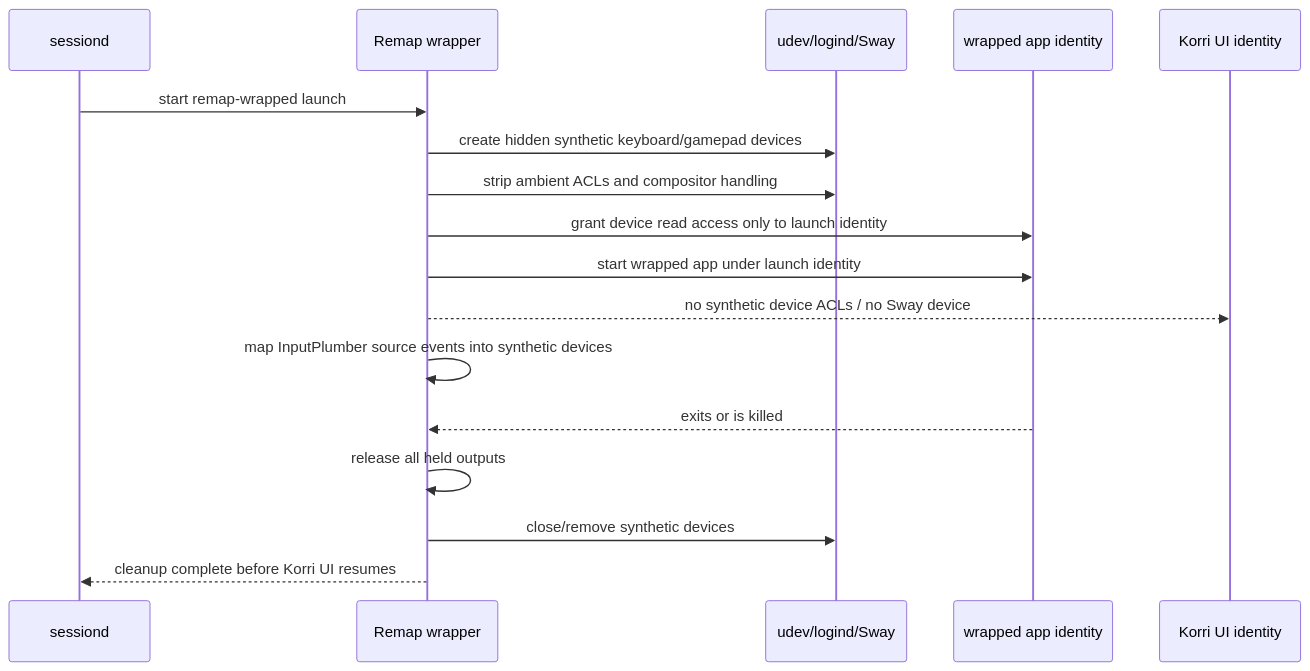
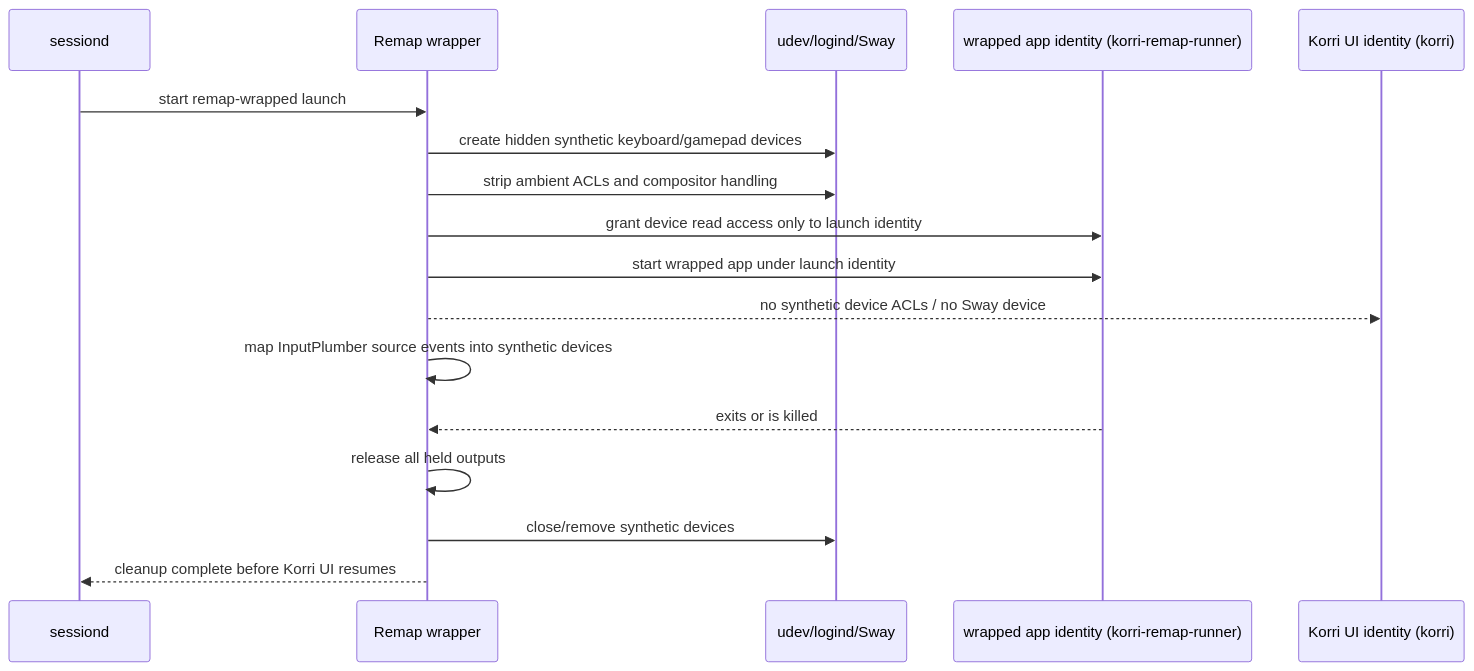
One commit to simonwjackson/korri changed the second of 2 diagrams in work/items/active/01KVPDA9QGRW0ZHJFBQ1V0V6GA-refactor-remap-launch-companion/plan.md. Above: the diagram before and after it, drawn with Mermaid. The commit also changed other lines of this file, not shown here.

Commit message:
docs(work): record Remap challenge decisions

````diff
--- a/work/items/active/01KVPDA9QGRW0ZHJFBQ1V0V6GA-refactor-remap-launch-companion/plan.md
+++ b/work/items/active/01KVPDA9QGRW0ZHJFBQ1V0V6GA-refactor-remap-launch-companion/plan.md
@@ -207,20 +218,20 @@
 ```mermaid
 sequenceDiagram
   participant Sessiond as sessiond
   participant Wrapper as Remap wrapper
   participant Udev as udev/logind/Sway
-  participant Child as wrapped app identity
-  participant Korri as Korri UI identity
+  participant Child as wrapped app identity (korri-remap-runner)
+  participant Korri as Korri UI identity (korri)
 
   Sessiond->>Wrapper: start remap-wrapped launch
   Wrapper->>Udev: create hidden synthetic keyboard/gamepad devices
   Wrapper->>Udev: strip ambient ACLs and compositor handling
   Wrapper->>Child: grant device read access only to launch identity
   Wrapper->>Child: start wrapped app under launch identity
   Wrapper-->>Korri: no synthetic device ACLs / no Sway device
   Wrapper->>Wrapper: map InputPlumber source events into synthetic devices
   Child-->>Wrapper: exits or is killed
   Wrapper->>Wrapper: release all held outputs
   Wrapper->>Udev: close/remove synthetic devices
   Wrapper-->>Sessiond: cleanup complete before Korri UI resumes
 ```
````
